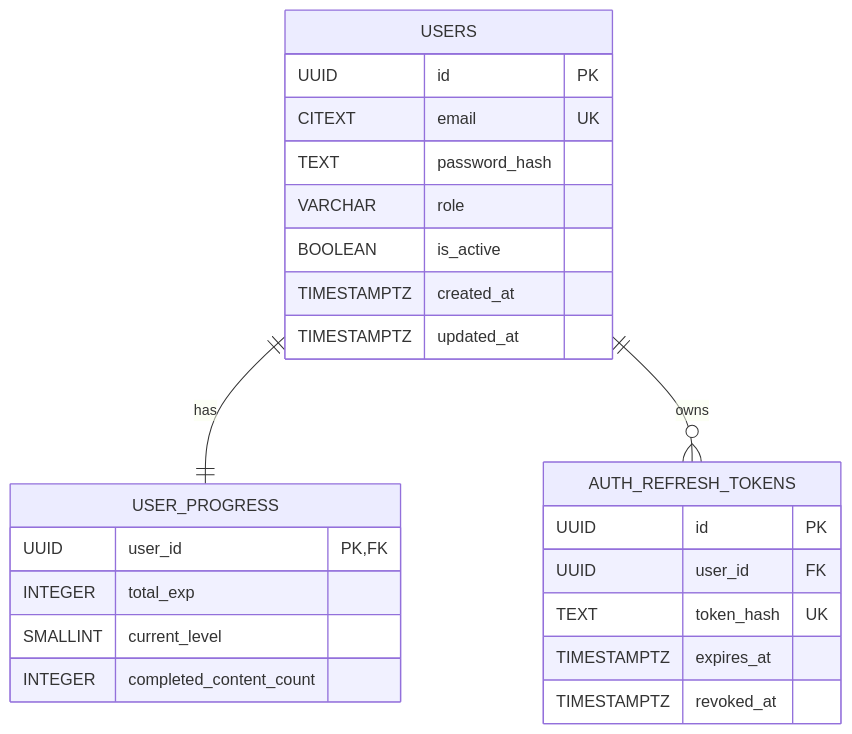
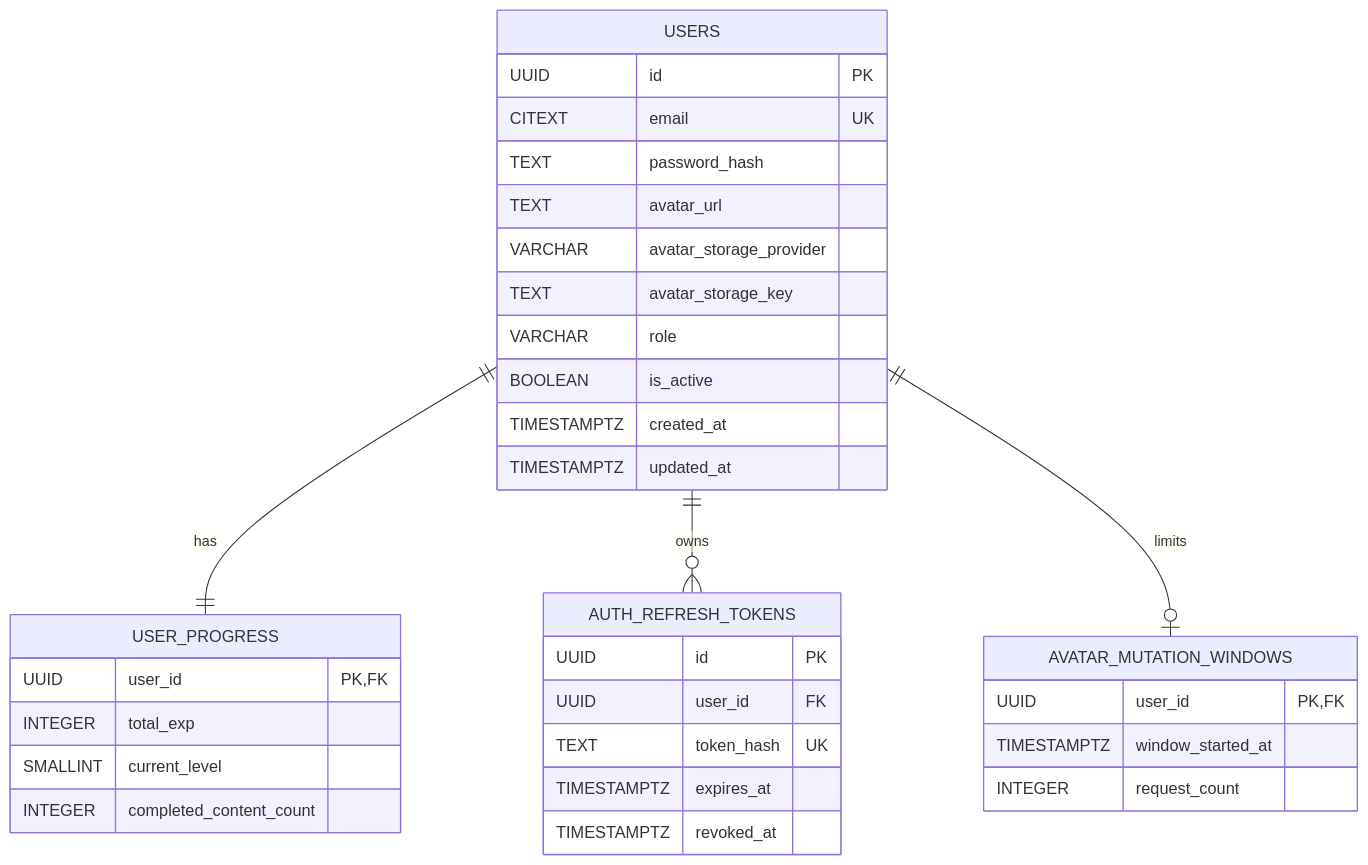
One commit to mrthinh307/kaiwa-up changed the first of 6 diagrams in docs/05-database.md. Above: the diagram before and after it, drawn with Mermaid. The commit also changed other lines of this file and 2 other files, not shown here.

Commit message:
docs: document avatar storage and API

````diff
--- a/docs/05-database.md
+++ b/docs/05-database.md
@@ -33,27 +33,36 @@
 ```mermaid
 erDiagram
     USERS ||--|| USER_PROGRESS : has
     USERS ||--o{ AUTH_REFRESH_TOKENS : owns
+    USERS ||--o| AVATAR_MUTATION_WINDOWS : limits
     USERS {
         UUID id PK
         CITEXT email UK
         TEXT password_hash
+        TEXT avatar_url
+        VARCHAR avatar_storage_provider
+        TEXT avatar_storage_key
         VARCHAR role
         BOOLEAN is_active
         TIMESTAMPTZ created_at
         TIMESTAMPTZ updated_at
     }
     USER_PROGRESS {
         UUID user_id PK,FK
         INTEGER total_exp
         SMALLINT current_level
         INTEGER completed_content_count
     }
+    AVATAR_MUTATION_WINDOWS {
+        UUID user_id PK,FK
+        TIMESTAMPTZ window_started_at
+        INTEGER request_count
+    }
     AUTH_REFRESH_TOKENS {
         UUID id PK
         UUID user_id FK
         TEXT token_hash UK
         TIMESTAMPTZ expires_at
         TIMESTAMPTZ revoked_at
     }
 ```
````
